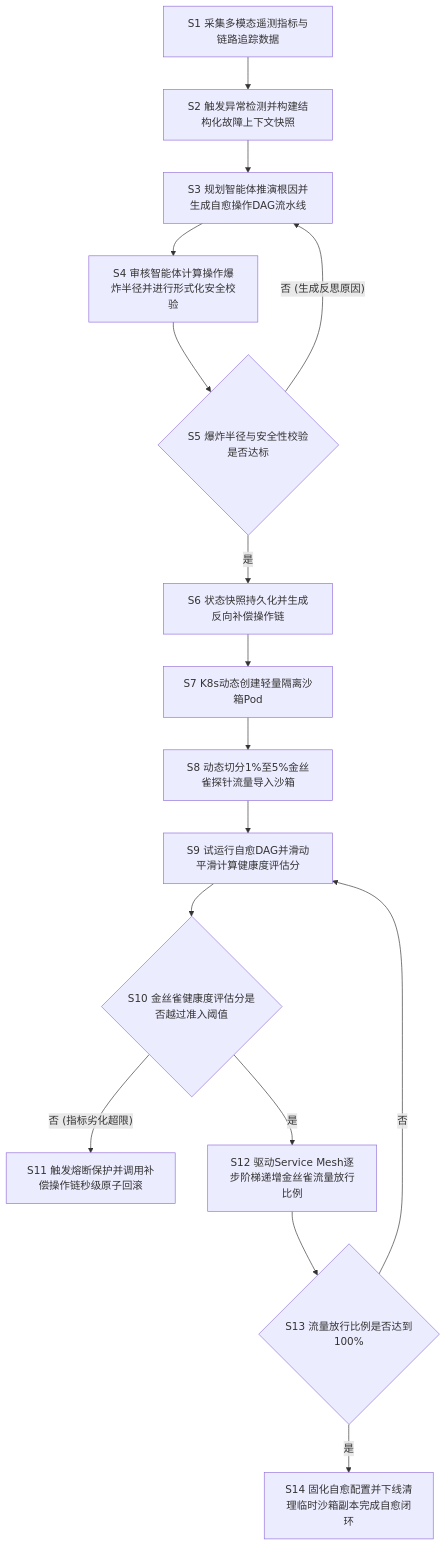
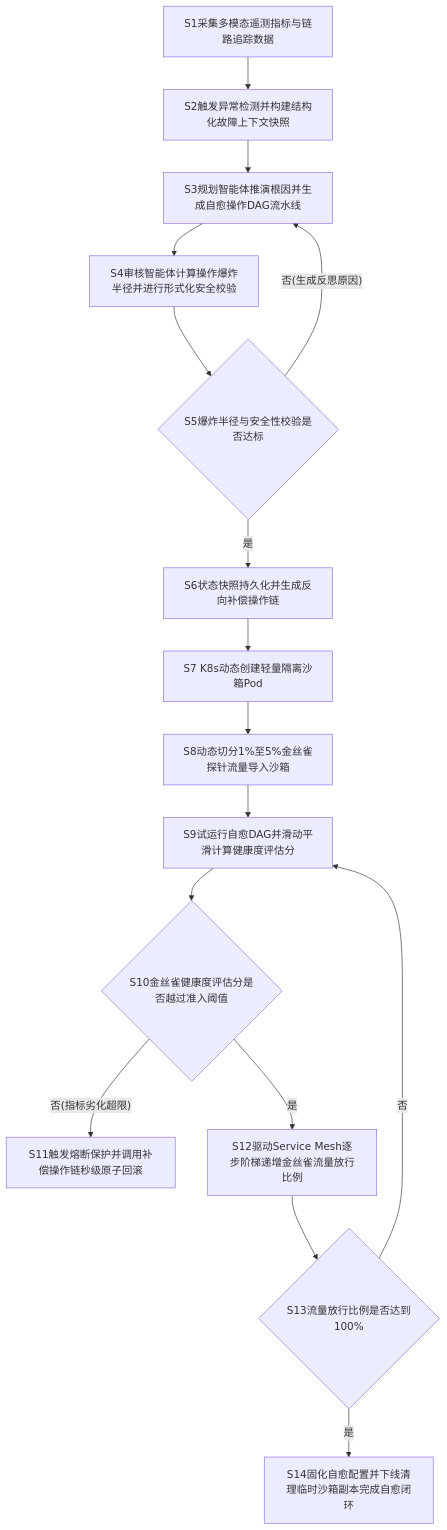
Before and after one commit to felix-zoe/patent: the second of 2 diagrams in outputs/基于双智能体协同与金丝雀沙箱验证的云原生微服务故障自愈方法及系统/一种基于双智能体协同与金丝雀沙箱验证的云原生微服务故障自愈方法及系统.md, drawn with Mermaid. The commit also changed other lines of this file and 1 other file, not shown here.

````diff
--- a/outputs/基于双智能体协同与金丝雀沙箱验证的云原生微服务故障自愈方法及系统/一种基于双智能体协同与金丝雀沙箱验证的云原生微服务故障自愈方法及系统.md
+++ b/outputs/基于双智能体协同与金丝雀沙箱验证的云原生微服务故障自愈方法及系统/一种基于双智能体协同与金丝雀沙箱验证的云原生微服务故障自愈方法及系统.md
@@ -173,18 +191,18 @@
 ```mermaid
 flowchart TD
-  S1["S1 采集多模态遥测指标与链路追踪数据"] --> S2["S2 触发异常检测并构建结构化故障上下文快照"]
-  S2 --> S3["S3 规划智能体推演根因并生成自愈操作DAG流水线"]
-  S3 --> S4["S4 审核智能体计算操作爆炸半径并进行形式化安全校验"]
-  S4 --> S5{"S5 爆炸半径与安全性校验是否达标"}
-  S5 --"否 (生成反思原因)"--> S3
-  S5 --"是"--> S6["S6 状态快照持久化并生成反向补偿操作链"]
+  S1["S1采集多模态遥测指标与链路追踪数据"] --> S2["S2触发异常检测并构建结构化故障上下文快照"]
+  S2 --> S3["S3规划智能体推演根因并生成自愈操作DAG流水线"]
+  S3 --> S4["S4审核智能体计算操作爆炸半径并进行形式化安全校验"]
+  S4 --> S5{"S5爆炸半径与安全性校验是否达标"}
+  S5 --"否(生成反思原因)"--> S3
+  S5 --"是"--> S6["S6状态快照持久化并生成反向补偿操作链"]
   S6 --> S7["S7 K8s动态创建轻量隔离沙箱Pod"]
-  S7 --> S8["S8 动态切分1%至5%金丝雀探针流量导入沙箱"]
-  S8 --> S9["S9 试运行自愈DAG并滑动平滑计算健康度评估分"]
-  S9 --> S10{"S10 金丝雀健康度评估分是否越过准入阈值"}
-  S10 --"否 (指标劣化超限)"--> S11["S11 触发熔断保护并调用补偿操作链秒级原子回滚"]
-  S10 --"是"--> S12["S12 驱动Service Mesh逐步阶梯递增金丝雀流量放行比例"]
-  S12 --> S13{"S13 流量放行比例是否达到100%"}
+  S7 --> S8["S8动态切分1%至5%金丝雀探针流量导入沙箱"]
+  S8 --> S9["S9试运行自愈DAG并滑动平滑计算健康度评估分"]
+  S9 --> S10{"S10金丝雀健康度评估分是否越过准入阈值"}
+  S10 --"否(指标劣化超限)"--> S11["S11触发熔断保护并调用补偿操作链秒级原子回滚"]
+  S10 --"是"--> S12["S12驱动Service Mesh逐步阶梯递增金丝雀流量放行比例"]
+  S12 --> S13{"S13流量放行比例是否达到100%"}
   S13 --"否"--> S9
-  S13 --"是"--> S14["S14 固化自愈配置并下线清理临时沙箱副本完成自愈闭环"]
+  S13 --"是"--> S14["S14固化自愈配置并下线清理临时沙箱副本完成自愈闭环"]
 ```
````
